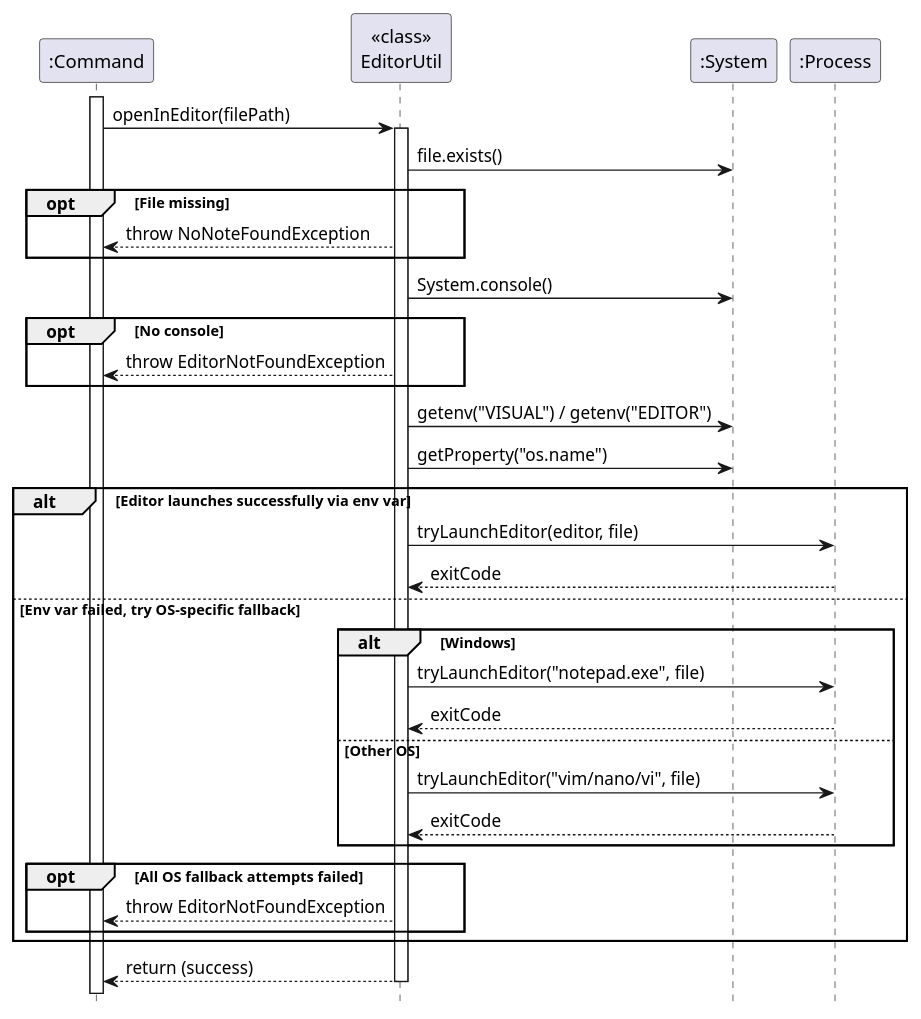
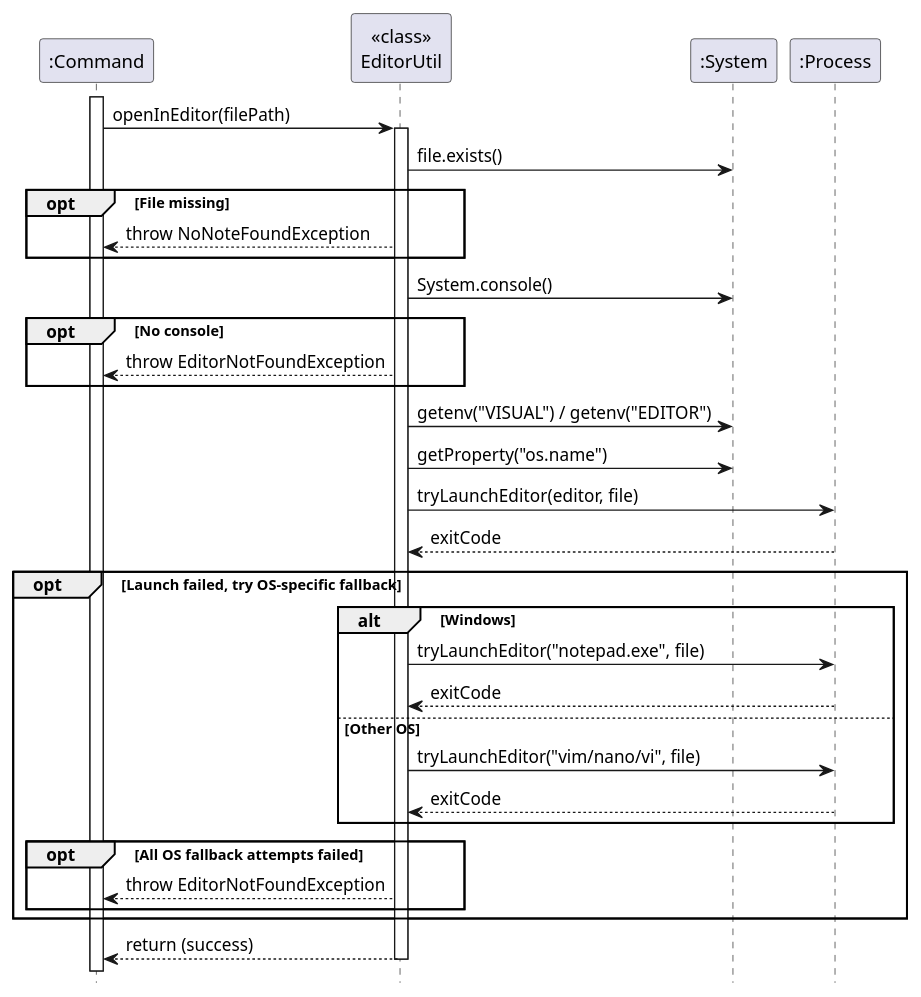
The diagram in docs/diagrams/EditorIntegrationSequence.puml (shauntsr/tp), drawn with PlantUML before and after one commit. The commit also changed 1 other file, not shown here.

Commit message:
Update editor diagrams

```diff
--- a/docs/diagrams/EditorIntegrationSequence.puml
+++ b/docs/diagrams/EditorIntegrationSequence.puml
@@ -1,48 +1,49 @@
 @startuml EditorIntegrationSequence
 participant ":Command" as Command
 participant "<<class>>\nEditorUtil" as EditorUtil
 participant ":System" as System
 participant ":Process" as Process
 
 hide footbox
 activate Command
 
 ' Command calls EditorUtil
 Command -> EditorUtil: openInEditor(filePath)
 activate EditorUtil
 
 ' Check if file exists
 EditorUtil -> System: file.exists()
 opt File missing
     EditorUtil --> Command: throw NoNoteFoundException
 end
 
 ' Check console availability
 EditorUtil -> System: System.console()
 opt No console
     EditorUtil --> Command: throw EditorNotFoundException
 end
 
 ' Editor launch logic
 EditorUtil -> System: getenv("VISUAL") / getenv("EDITOR")
 EditorUtil -> System: getProperty("os.name")
-alt Editor launches successfully via env var
-    EditorUtil -> Process: tryLaunchEditor(editor, file)
-    Process --> EditorUtil: exitCode
-else Env var failed, try OS-specific fallback
+
+EditorUtil -> Process: tryLaunchEditor(editor, file)
+Process --> EditorUtil: exitCode
+
+opt Launch failed, try OS-specific fallback
     alt Windows
         EditorUtil -> Process: tryLaunchEditor("notepad.exe", file)
         Process --> EditorUtil: exitCode
     else Other OS
         EditorUtil -> Process: tryLaunchEditor("vim/nano/vi", file)
         Process --> EditorUtil: exitCode
     end
     opt All OS fallback attempts failed
         EditorUtil --> Command: throw EditorNotFoundException
     end
 end
 
 EditorUtil --> Command: return (success)
 deactivate EditorUtil
 
 @enduml
```
